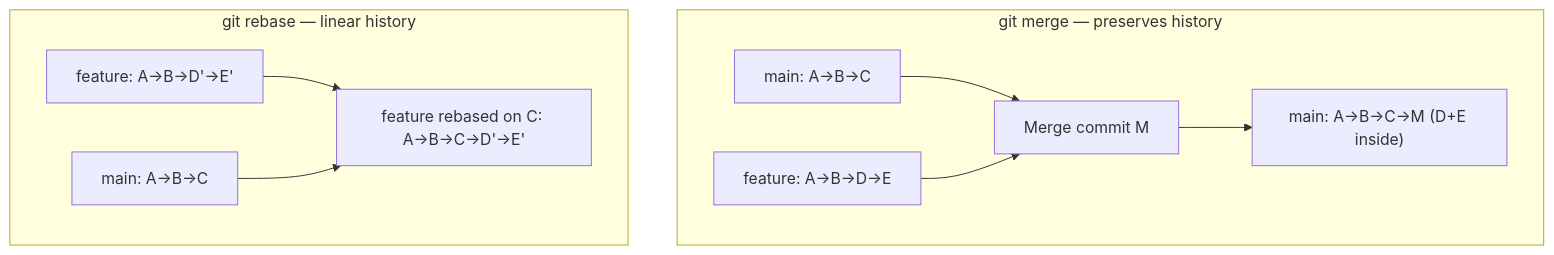
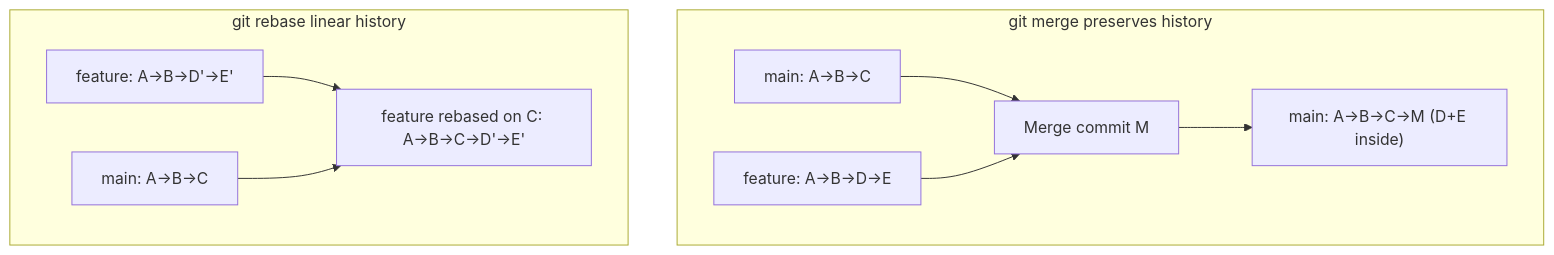
The fourth of 4 diagrams in git.md (naveenkumar1661997/notes), drawn with Mermaid before and after one commit. The commit also changed other lines of this file and 12 other files, not shown here.

```diff
--- a/git.md
+++ b/git.md
@@ -140,14 +140,14 @@
 <pre class="mermaid">
 flowchart TD
-    subgraph MERGE["git merge — preserves history"]
+    subgraph MERGE["git merge  preserves history"]
         M_MAIN["main: A→B→C"] --> M_MERGE["Merge commit M"]
         M_FEAT["feature: A→B→D→E"] --> M_MERGE
         M_MERGE --> M_FINAL["main: A→B→C→M (D+E inside)"]
     end
 
-    subgraph REBASE["git rebase — linear history"]
+    subgraph REBASE["git rebase  linear history"]
         R_MAIN["main: A→B→C"]
         R_FEAT["feature: A→B→D'→E'"] --> R_FINAL["feature rebased on C: A→B→C→D'→E'"]
         R_MAIN --> R_FINAL
     end
 </pre>
```
